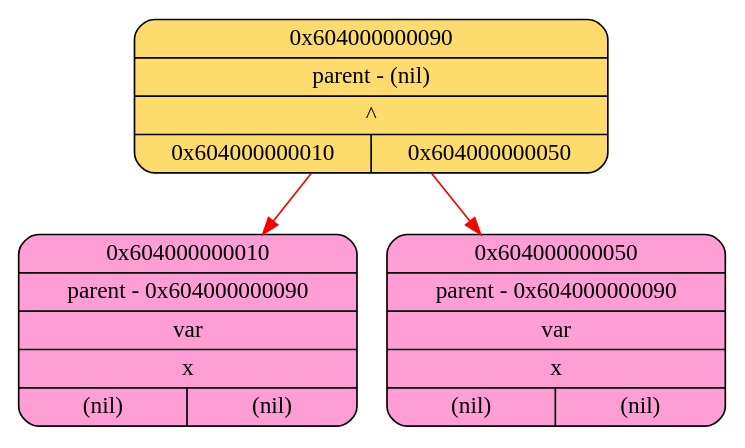
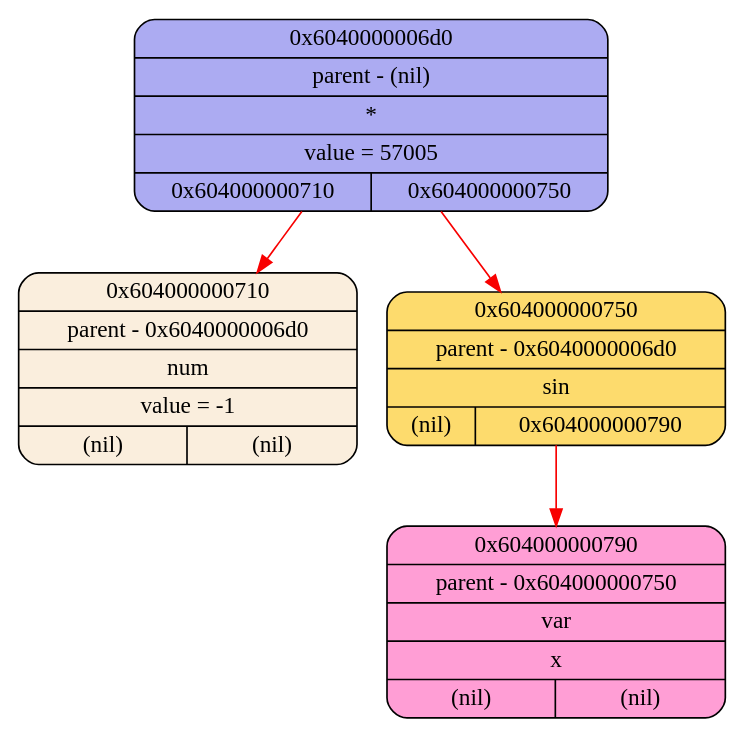
One commit to 2APetrin/differentiator changed the diagram in logs/log_graphviz.dot. Above: the diagram before and after it, drawn with Graphviz. The commit also changed 41 other files, not shown here.

```diff
--- a/logs/log_graphviz.dot
+++ b/logs/log_graphviz.dot
@@ -1,8 +1,10 @@
 digraph
 {
-    node_0x604000000010[shape = Mrecord, label = "{{0x604000000010} | {parent - 0x604000000090} | {var} | {x} | {(nil)|(nil)}}", style = "filled", fillcolor = "#FF9ED5"];
-    node_0x604000000050[shape = Mrecord, label = "{{0x604000000050} | {parent - 0x604000000090} | {var} | {x} | {(nil)|(nil)}}", style = "filled", fillcolor = "#FF9ED5"];
-    node_0x604000000090[shape = Mrecord, label = "{{0x604000000090} | {parent - (nil)} | {^} | {0x604000000010|0x604000000050}}", style = "filled", fillcolor = "#FDDB6D"];
-    node_0x604000000090->node_0x604000000010 [color = "#F80000"];
-    node_0x604000000090->node_0x604000000050 [color = "#F80000"];
+    node_0x604000000710[shape = Mrecord, label = "{{0x604000000710} | {parent - 0x6040000006d0} | {num} | {value = -1} | {(nil)|(nil)}}", style = "filled", fillcolor = "#FAEEDD"];
+    node_0x604000000790[shape = Mrecord, label = "{{0x604000000790} | {parent - 0x604000000750} | {var} | {x} | {(nil)|(nil)}}", style = "filled", fillcolor = "#FF9ED5"];
+    node_0x604000000750[shape = Mrecord, label = "{{0x604000000750} | {parent - 0x6040000006d0} | {sin} | {(nil)|0x604000000790}}", style = "filled", fillcolor = "#FDDB6D"];
+    node_0x6040000006d0[shape = Mrecord, label = "{{0x6040000006d0} | {parent - (nil)} | {*} | {value = 57005} | {0x604000000710|0x604000000750}}", style = "filled", fillcolor = "#ACABF2"];
+    node_0x6040000006d0->node_0x604000000710 [color = "#F80000"];
+    node_0x6040000006d0->node_0x604000000750 [color = "#F80000"];
+    node_0x604000000750->node_0x604000000790 [color = "#F80000"];
 }
```
